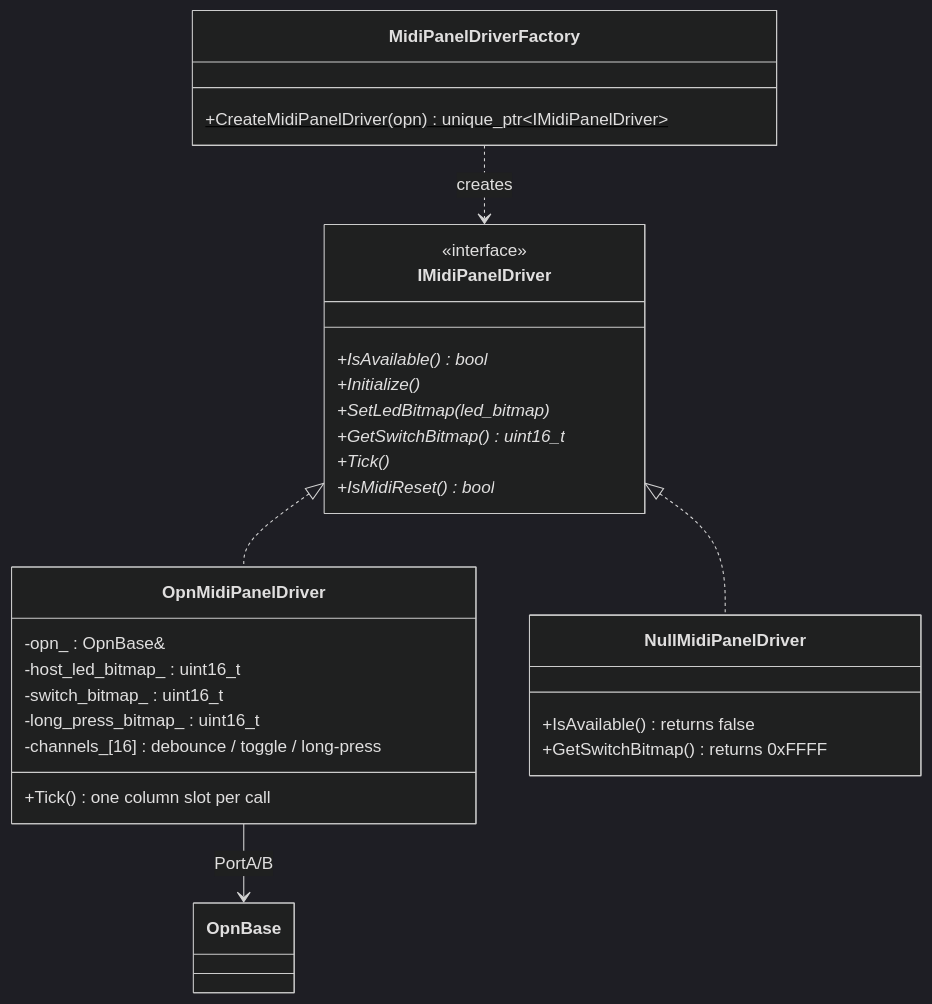
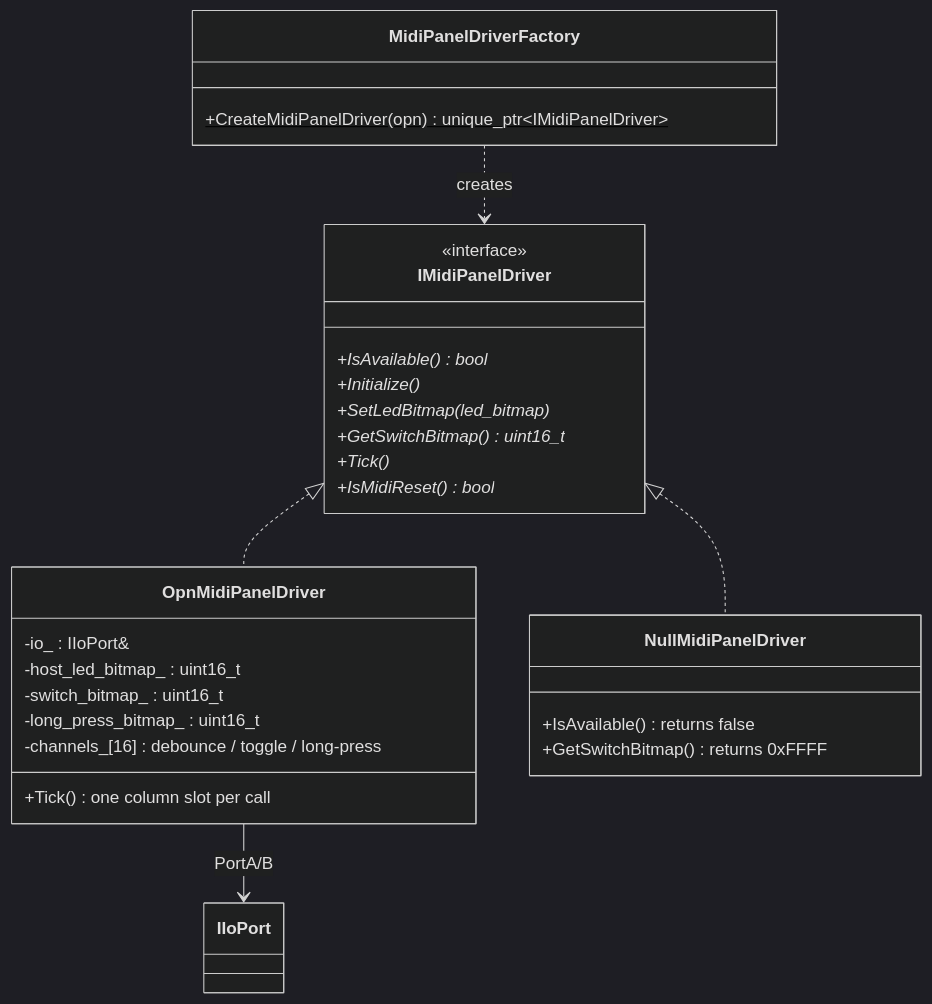
The fifth of 5 diagrams in doc/domain/domain_drivers.md (46nori/FMSynthEnsembleV3), drawn with Mermaid (dark theme) before and after one commit. The commit also changed other lines of this file and 83 other files, not shown here.

````diff
--- a/doc/domain/domain_drivers.md
+++ b/doc/domain/domain_drivers.md
@@ -69,35 +174,35 @@
 ```mermaid
 classDiagram
     class IMidiPanelDriver {
         <<interface>>
         +IsAvailable() bool*
         +Initialize()*
         +SetLedBitmap(led_bitmap)*
         +GetSwitchBitmap() uint16_t*
         +Tick()*
         +IsMidiReset() bool*
     }
 
     class OpnMidiPanelDriver {
-        -opn_ : OpnBase&
+        -io_ : IIoPort&
         -host_led_bitmap_ : uint16_t
         -switch_bitmap_ : uint16_t
         -long_press_bitmap_ : uint16_t
         -channels_[16] : debounce / toggle / long-press
         +Tick()  one column slot per call
     }
 
     class NullMidiPanelDriver {
         +IsAvailable() returns false
         +GetSwitchBitmap() returns 0xFFFF
     }
 
     class MidiPanelDriverFactory {
         +CreateMidiPanelDriver(opn) unique_ptr~IMidiPanelDriver~$
     }
 
     IMidiPanelDriver <|.. OpnMidiPanelDriver
     IMidiPanelDriver <|.. NullMidiPanelDriver
     MidiPanelDriverFactory ..> IMidiPanelDriver : creates
-    OpnMidiPanelDriver --> OpnBase : PortA/B
+    OpnMidiPanelDriver --> IIoPort : PortA/B
 ```
````
